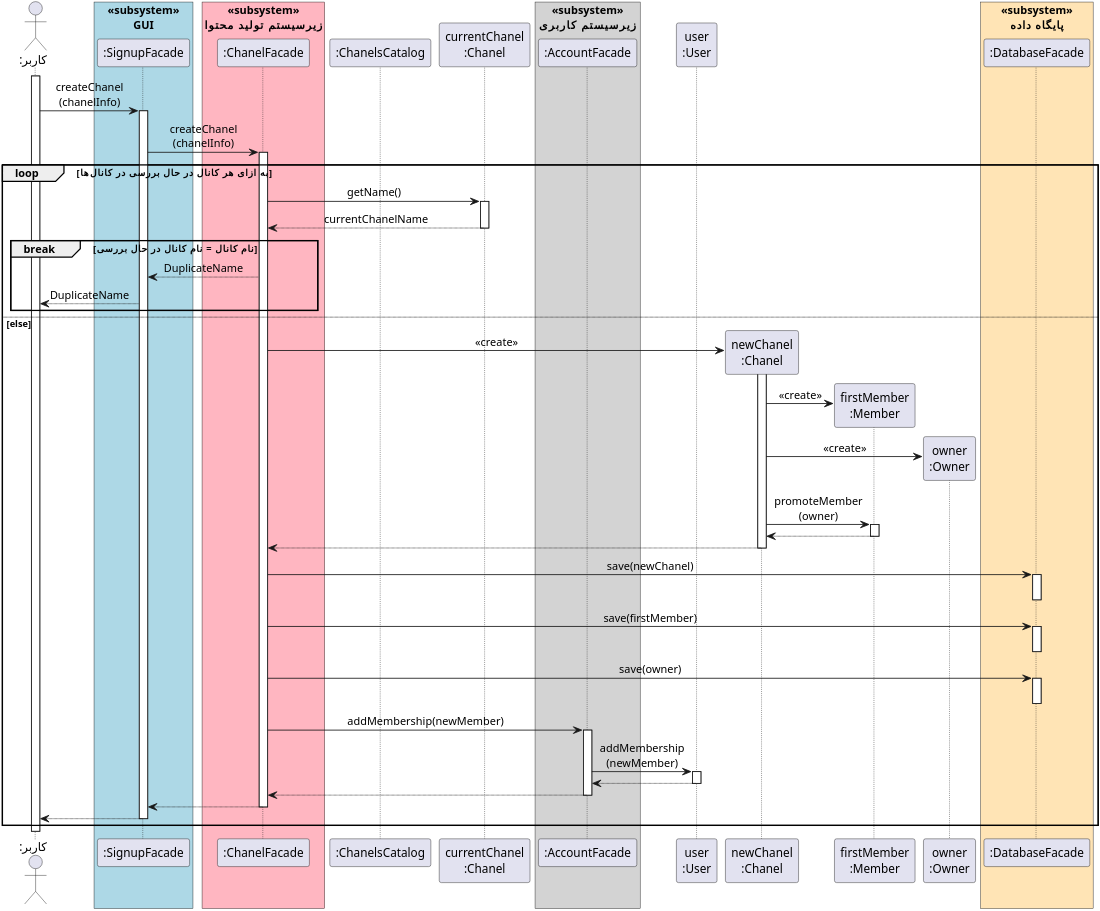
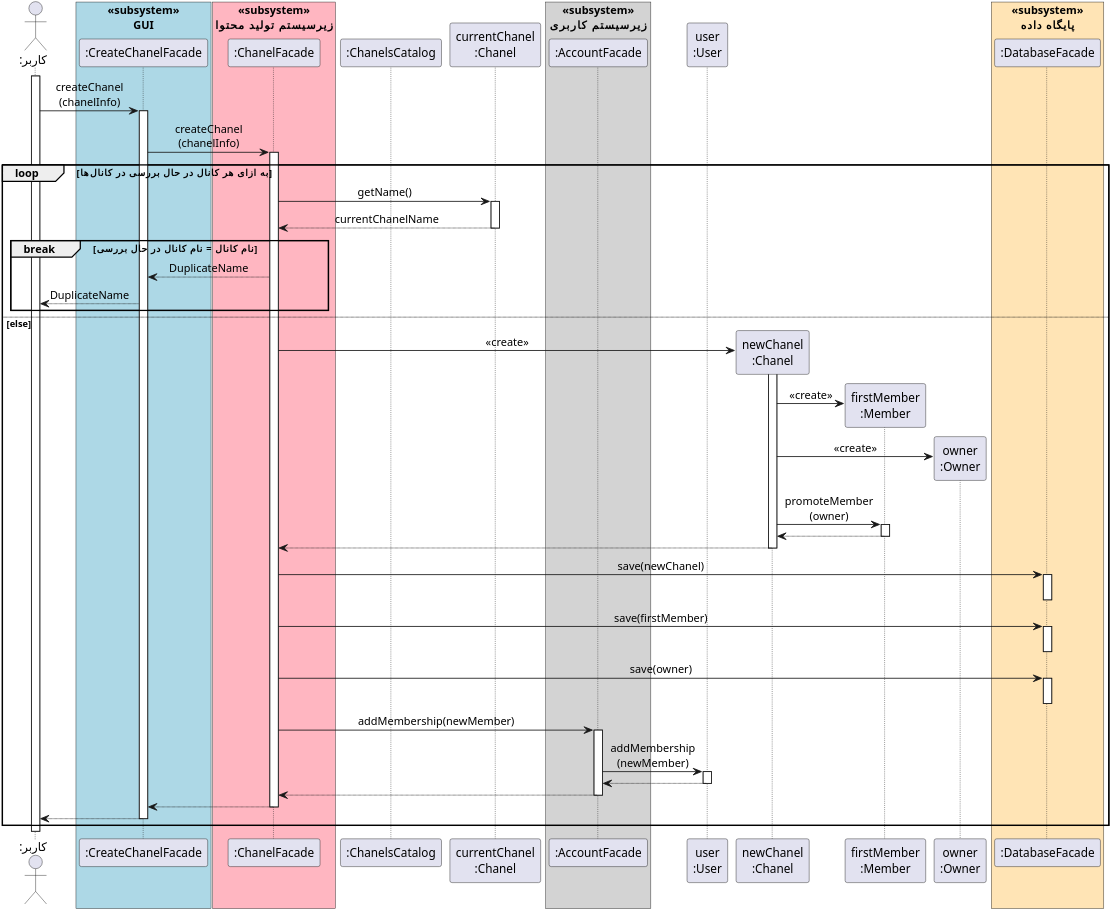
Before and after one commit to soleyman79/Qasedak: the diagram in Diagrams/Design Sequence/CreateChanel.puml, drawn with PlantUML.

```diff
--- a/Diagrams/Design Sequence/CreateChanel.puml
+++ b/Diagrams/Design Sequence/CreateChanel.puml
@@ -1,82 +1,82 @@
 @startuml create_chanel
 
 
 scale 4
 skinparam DefaultFontName Vazir
 skinparam DefaultTextAlignment center
 
  
 actor ":کاربر" as user
 box "«subsystem»\nGUI" #LightBlue
-participant ":SignupFacade" as ui
+participant ":CreateChanelFacade" as ui
 end box
 box "«subsystem»\nزیرسیستم تولید محتوا" #LightPink
 participant ":ChanelFacade" as chanelFacade
 end box
 participant ":ChanelsCatalog" as chanels
 participant "currentChanel\n:Chanel" as currentChanel
 box "«subsystem»\nزیرسیستم کاربری" #LightGray
 participant ":AccountFacade" as accountFacade
 end box
 participant "user\n:User" as userObj
 participant "newChanel\n:Chanel" as newChanel
 participant "firstMember\n:Member" as firstMember
 participant "owner\n:Owner" as owner
 box "«subsystem»\nپایگاه داده" #Moccasin
 participant ":DatabaseFacade" as db
 end box
 
 
 activate user
 user -> ui: createChanel\n(chanelInfo)
 activate ui
 ui -> chanelFacade: createChanel\n(chanelInfo)
 activate chanelFacade
 loop به ازای هر کانال در حال بررسی در کانال‌ها
     chanelFacade -> currentChanel: getName()
     activate currentChanel
     currentChanel --> chanelFacade: currentChanelName
     deactivate currentChanel
     break نام کانال = نام کانال در حال بررسی
         chanelFacade --> ui: DuplicateName
         ui --> user: DuplicateName
     end
 else else
     chanelFacade -> newChanel **: «create»
     activate newChanel
     newChanel -> firstMember ** : «create»
     newChanel -> owner ** : «create»
     newChanel -> firstMember : promoteMember\n(owner)
     activate firstMember
     firstMember --> newChanel
     deactivate firstMember
     newChanel --> chanelFacade
     deactivate newChanel
 
     chanelFacade -> db: save(newChanel)
     activate db
     deactivate db
     chanelFacade -> db: save(firstMember)
     activate db
     deactivate db
     chanelFacade -> db: save(owner)
     activate db
     deactivate db
 
     chanelFacade -> accountFacade: addMembership(newMember)
     activate accountFacade
     accountFacade -> userObj: addMembership\n(newMember)
     activate userObj
     userObj --> accountFacade
     deactivate userObj
     accountFacade --> chanelFacade
     deactivate accountFacade
     chanelFacade --> ui
     deactivate chanelFacade
     ui --> user
     deactivate ui
 end
 deactivate user
 
 
 @enduml
```
